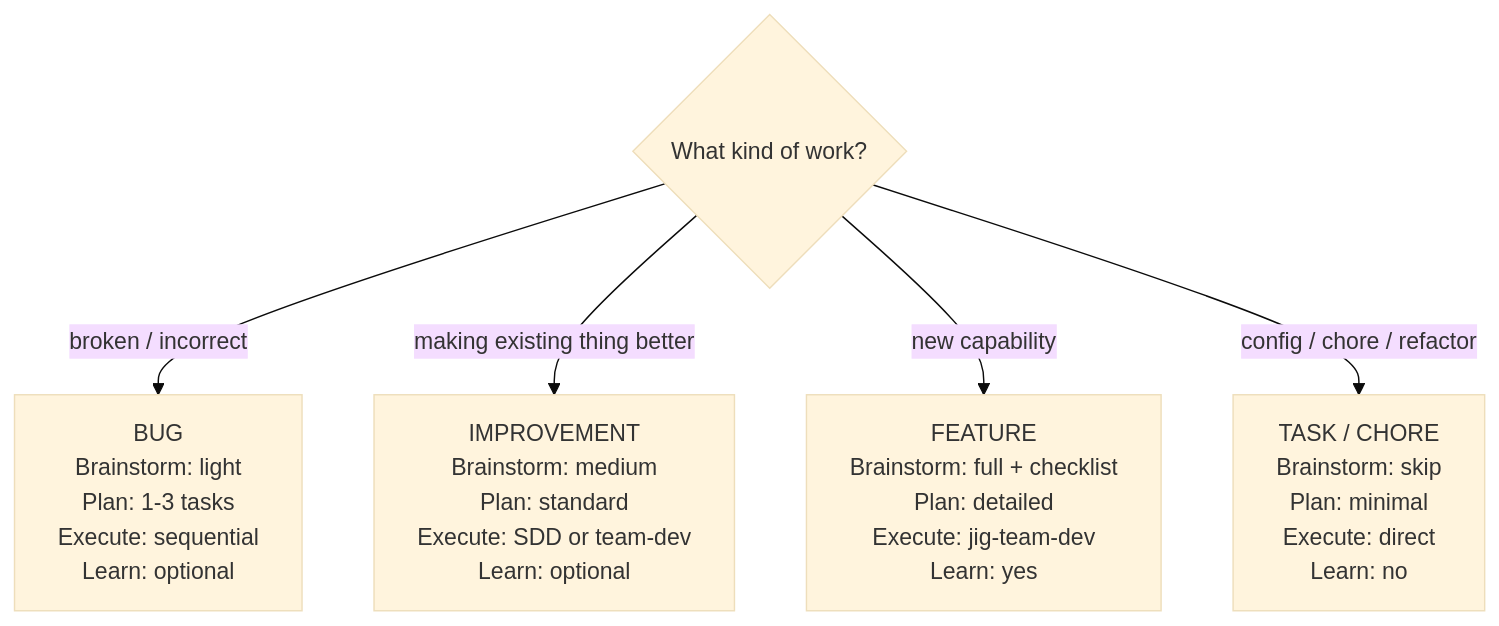
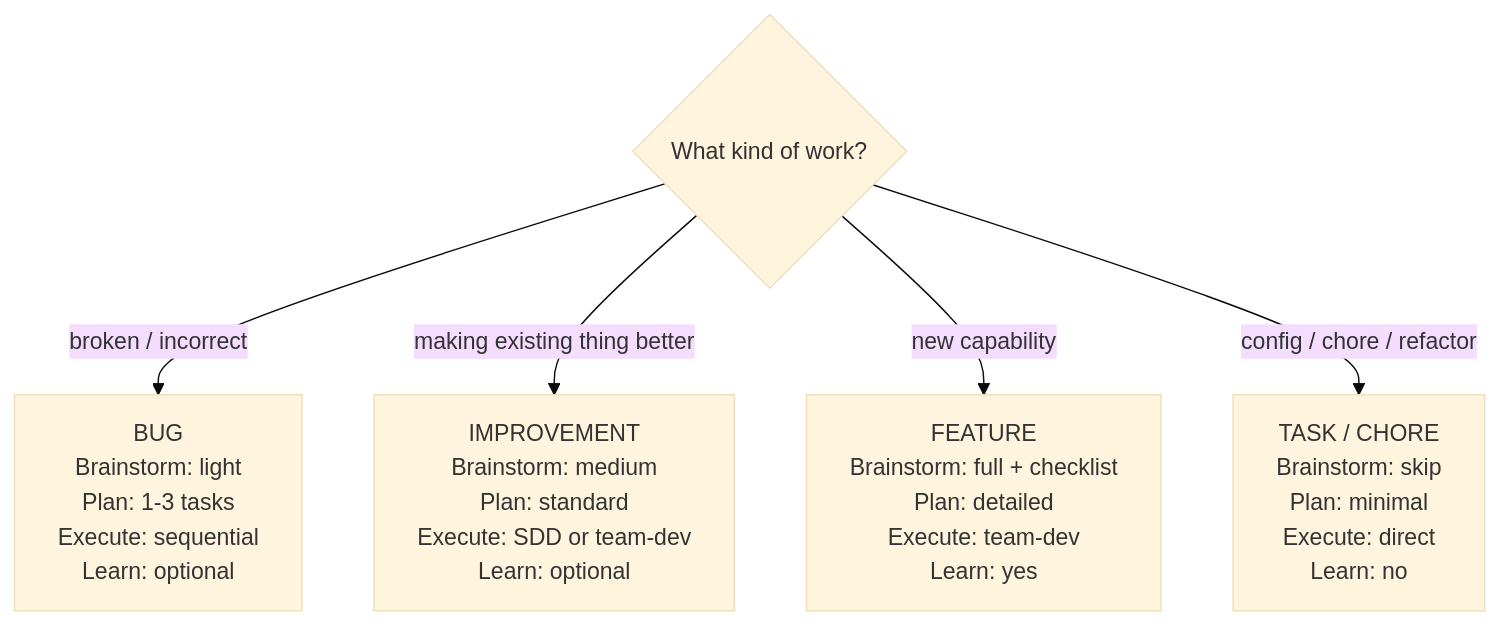
The second of 5 diagrams in core/skills/kickoff/SKILL.md (CasaPerks/casaflow), drawn with Mermaid (base theme) before and after one commit. The commit also changed other lines of this file and 29 other files, not shown here.

````diff
--- a/core/skills/kickoff/SKILL.md
+++ b/core/skills/kickoff/SKILL.md
@@ -70,8 +70,8 @@
 ```mermaid
 graph TD
   start{"What kind of work?"}
   start -->|broken / incorrect| bug["BUG<br/>Brainstorm: light<br/>Plan: 1-3 tasks<br/>Execute: sequential<br/>Learn: optional"]
   start -->|making existing thing better| improvement["IMPROVEMENT<br/>Brainstorm: medium<br/>Plan: standard<br/>Execute: SDD or team-dev<br/>Learn: optional"]
-  start -->|new capability| feature["FEATURE<br/>Brainstorm: full + checklist<br/>Plan: detailed<br/>Execute: jig-team-dev<br/>Learn: yes"]
+  start -->|new capability| feature["FEATURE<br/>Brainstorm: full + checklist<br/>Plan: detailed<br/>Execute: team-dev<br/>Learn: yes"]
   start -->|config / chore / refactor| task["TASK / CHORE<br/>Brainstorm: skip<br/>Plan: minimal<br/>Execute: direct<br/>Learn: no"]
 ```
````
